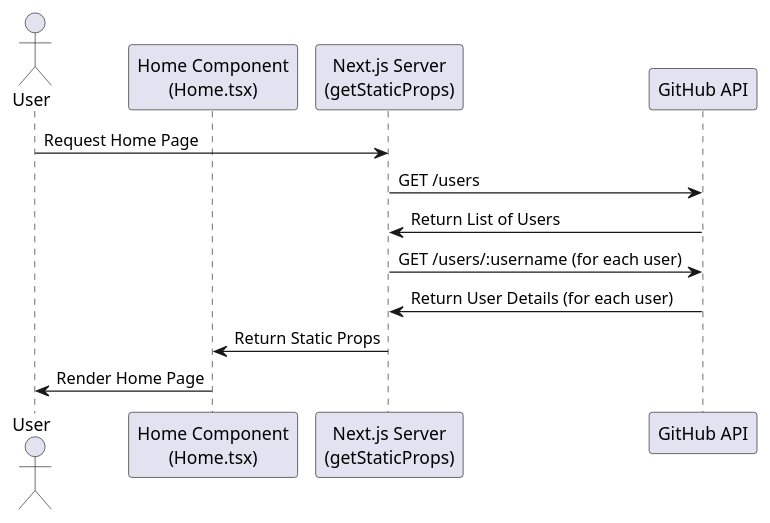
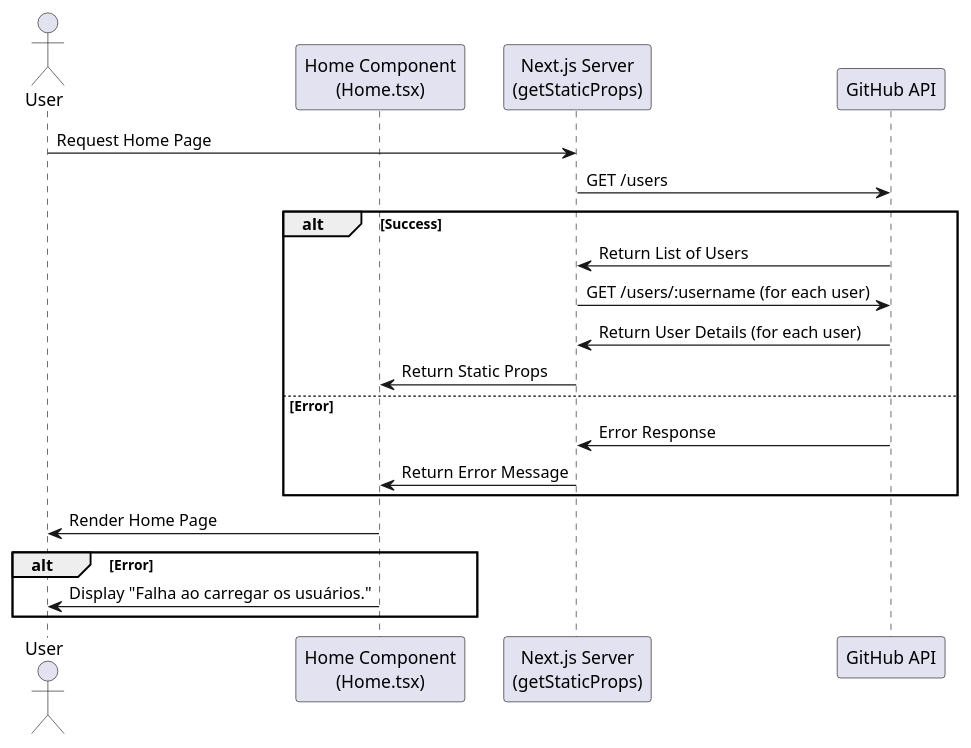
Before and after one commit to alana-or/github-users: the diagram in docs/Home/Home.puml, drawn with PlantUML. The commit also changed 6 other files, not shown here.

```diff
--- a/docs/Home/Home.puml
+++ b/docs/Home/Home.puml
@@ -1,18 +1,24 @@
 @startuml
 actor User
 
 participant "Home Component\n(Home.tsx)" as Home
 participant "Next.js Server\n(getStaticProps)" as Server
 participant "GitHub API" as GitHubAPI
 
 User -> Server : Request Home Page
 Server -> GitHubAPI : GET /users
-GitHubAPI -> Server : Return List of Users
-
-Server -> GitHubAPI : GET /users/:username (for each user)
-GitHubAPI -> Server : Return User Details (for each user)
-
-Server -> Home : Return Static Props
+alt Success
+    GitHubAPI -> Server : Return List of Users
+    Server -> GitHubAPI : GET /users/:username (for each user)
+    GitHubAPI -> Server : Return User Details (for each user)
+    Server -> Home : Return Static Props
+else Error
+    GitHubAPI -> Server : Error Response
+    Server -> Home : Return Error Message
+end
 
 Home -> User : Render Home Page
+alt Error
+    Home -> User : Display "Falha ao carregar os usuários."
+end
 @enduml
```
